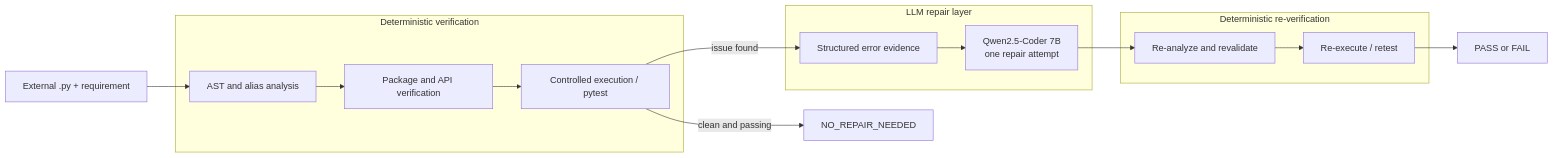
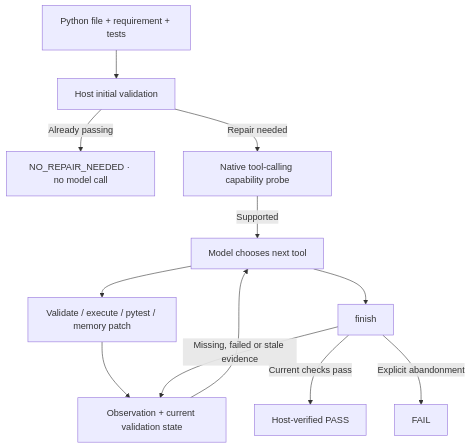
One commit to tTko99/dependency-aware-codegen changed the diagram in README.md. Above: the diagram before and after it, drawn with Mermaid. The commit also changed other lines of this file and 273 other files, not shown here.

Commit message:
feat(agent): implement validated observation-driven repair loop

````diff
--- a/README.md
+++ b/README.md
@@ -23,25 +11,14 @@
 ```mermaid
-flowchart LR
-    A[External .py + requirement]
-
-    subgraph V1[Deterministic verification]
-        B[AST and alias analysis]
-        C[Package and API verification]
-        D[Controlled execution / pytest]
-    end
-
-    subgraph L[LLM repair layer]
-        E[Structured error evidence]
-        F[Qwen2.5-Coder 7B<br/>one repair attempt]
-    end
-
-    subgraph V2[Deterministic re-verification]
-        G[Re-analyze and revalidate]
-        H[Re-execute / retest]
-    end
-
-    A --> B --> C --> D
-    D -- clean and passing --> I[NO_REPAIR_NEEDED]
-    D -- issue found --> E --> F --> G --> H
-    H --> J[PASS or FAIL]
+flowchart TD
+    A[Python file + requirement + tests] --> B[Host initial validation]
+    B -- Already passing --> C[NO_REPAIR_NEEDED · no model call]
+    B -- Repair needed --> D[Native tool-calling capability probe]
+    D -- Supported --> E[Model chooses next tool]
+    E --> F[Validate / execute / pytest / memory patch]
+    F --> G[Observation + current validation state]
+    G --> E
+    E --> H[finish]
+    H -- Missing, failed or stale evidence --> G
+    H -- Current checks pass --> I[Host-verified PASS]
+    H -- Explicit abandonment --> J[FAIL]
 ```
````
